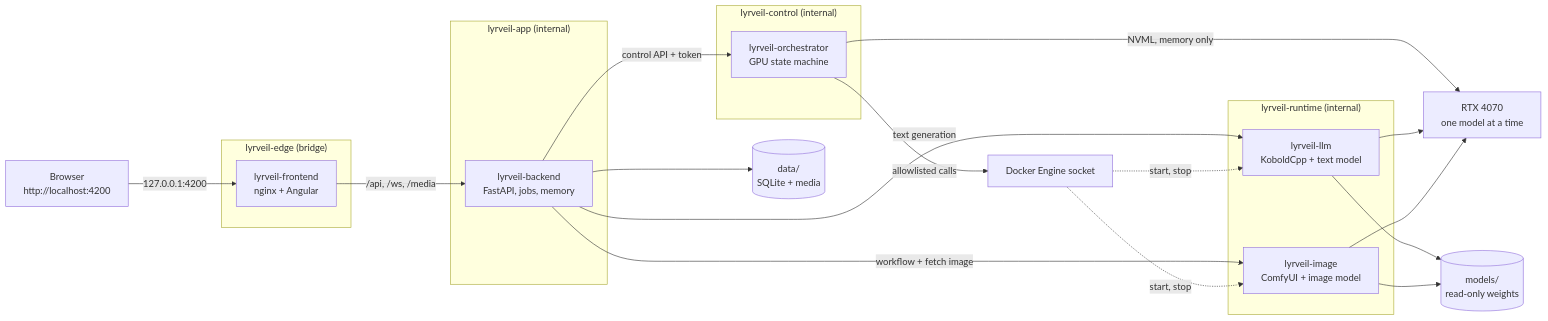
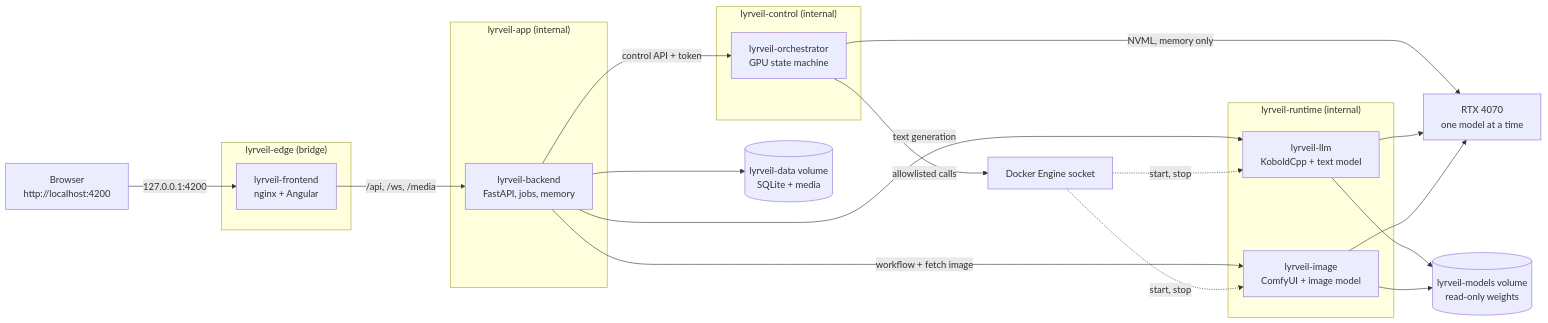
One commit to AjimuZ/Lyrveil changed the first of 3 diagrams in docs/architecture.md. Above: the diagram before and after it, drawn with Mermaid. The commit also changed other lines of this file and 28 other files, not shown here.

First line of the commit message:
Run Lyrveil from Windows with live data in Docker volumes

````diff
--- a/docs/architecture.md
+++ b/docs/architecture.md
@@ -11,41 +11,41 @@
 ```mermaid
 flowchart LR
   browser["Browser<br/>http://localhost:4200"]
 
   subgraph edge["lyrveil-edge (bridge)"]
     fe["lyrveil-frontend<br/>nginx + Angular"]
   end
 
   subgraph app["lyrveil-app (internal)"]
     be["lyrveil-backend<br/>FastAPI, jobs, memory"]
   end
 
   subgraph control["lyrveil-control (internal)"]
     orch["lyrveil-orchestrator<br/>GPU state machine"]
   end
 
   subgraph runtime["lyrveil-runtime (internal)"]
     llm["lyrveil-llm<br/>KoboldCpp + text model"]
     img["lyrveil-image<br/>ComfyUI + image model"]
   end
 
-  db[("data/<br/>SQLite + media")]
-  models[("models/<br/>read-only weights")]
+  db[("lyrveil-data volume<br/>SQLite + media")]
+  models[("lyrveil-models volume<br/>read-only weights")]
   sock["Docker Engine socket"]
   gpu["RTX 4070<br/>one model at a time"]
 
   browser -->|"127.0.0.1:4200"| fe
   fe -->|"/api, /ws, /media"| be
   be --> db
   be -->|"control API + token"| orch
   be -->|"text generation"| llm
   be -->|"workflow + fetch image"| img
   orch -->|"allowlisted calls"| sock
   sock -.->|"start, stop"| llm
   sock -.->|"start, stop"| img
   orch -->|"NVML, memory only"| gpu
   llm --> gpu
   img --> gpu
   llm --> models
   img --> models
 ```
````
